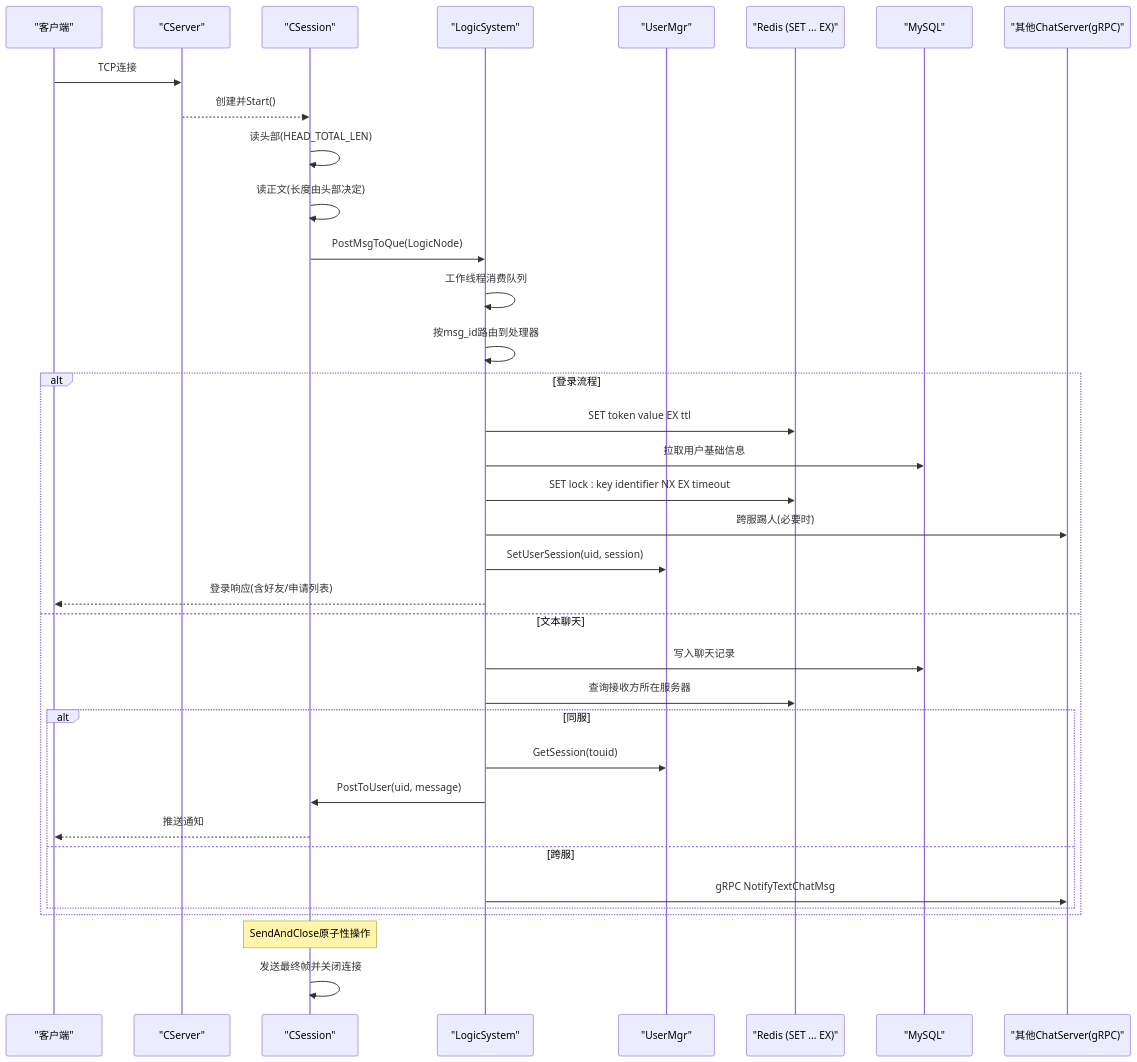
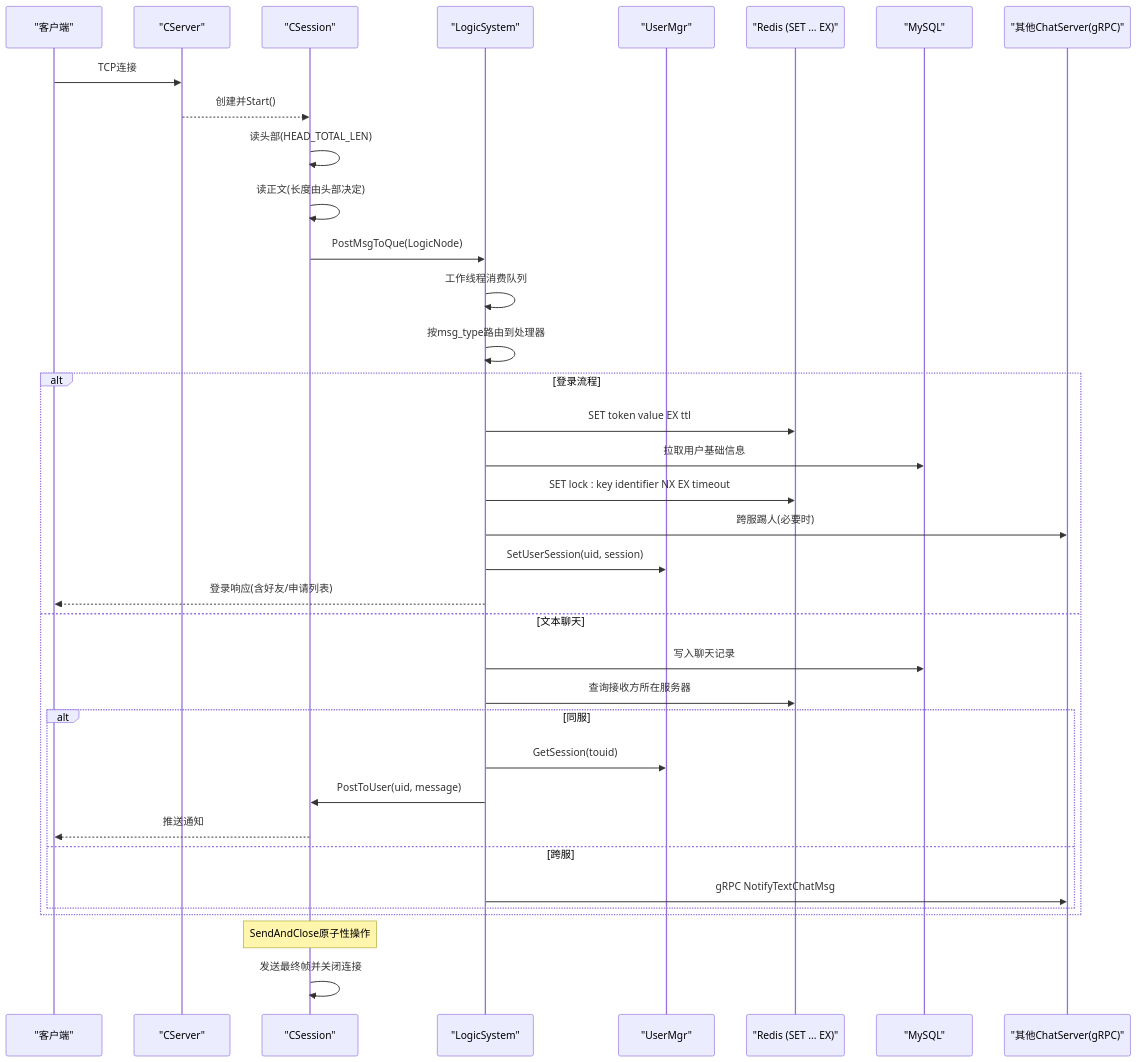
One commit to echo9923/mychatter changed the second of 8 diagrams in .qoder/repowiki/zh/content/服务端开发/ChatServer聊天核心服务/ChatServer聊天核心服务.md. Above: the diagram before and after it, drawn with Mermaid. The commit also changed other lines of this file and 128 other files, not shown here.

````diff
--- a/.qoder/repowiki/zh/content/服务端开发/ChatServer聊天核心服务/ChatServer聊天核心服务.md
+++ b/.qoder/repowiki/zh/content/服务端开发/ChatServer聊天核心服务/ChatServer聊天核心服务.md
@@ -110,38 +110,38 @@
 ```mermaid
 sequenceDiagram
 participant Client as "客户端"
 participant Server as "CServer"
 participant Session as "CSession"
 participant Logic as "LogicSystem"
 participant UMgr as "UserMgr"
 participant Redis as "Redis (SET ... EX)"
 participant DB as "MySQL"
 participant Peer as "其他ChatServer(gRPC)"
 Client->>Server : TCP连接
 Server-->>Session : 创建并Start()
 Session->>Session : 读头部(HEAD_TOTAL_LEN)
 Session->>Session : 读正文(长度由头部决定)
 Session->>Logic : PostMsgToQue(LogicNode)
 Logic->>Logic : 工作线程消费队列
-Logic->>Logic : 按msg_id路由到处理器
+Logic->>Logic : 按msg_type路由到处理器
 alt 登录流程
 Logic->>Redis : SET token value EX ttl
 Logic->>DB : 拉取用户基础信息
 Logic->>Redis : SET lock : key identifier NX EX timeout
 Logic->>Peer : 跨服踢人(必要时)
 Logic->>UMgr : SetUserSession(uid, session)
 Logic-->>Client : 登录响应(含好友/申请列表)
 else 文本聊天
 Logic->>DB : 写入聊天记录
 Logic->>Redis : 查询接收方所在服务器
 alt 同服
 Logic->>UMgr : GetSession(touid)
 Logic->>Session : PostToUser(uid, message)
 Session-->>Client : 推送通知
 else 跨服
 Logic->>Peer : gRPC NotifyTextChatMsg
 end
 end
 Note over Session : SendAndClose原子性操作
 Session->>Session : 发送最终帧并关闭连接
 ```
````
